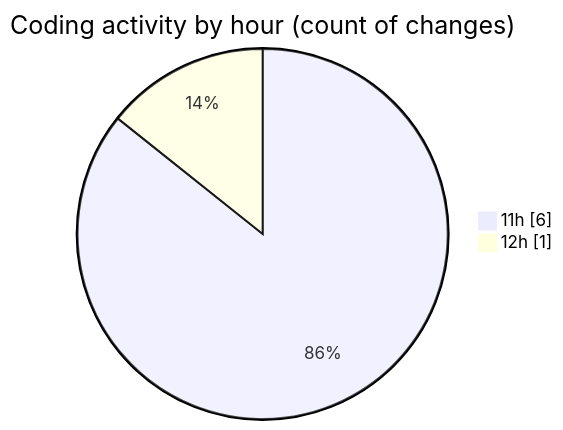
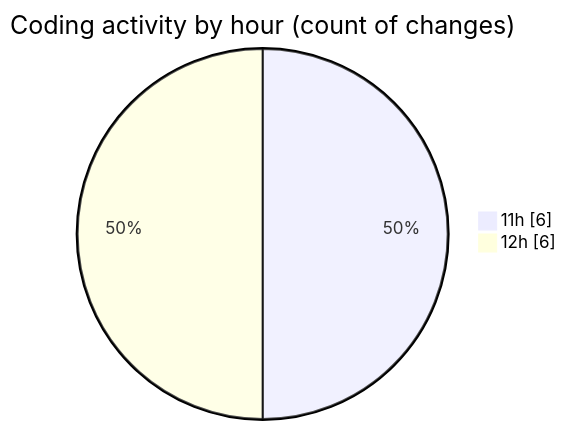
One commit to nxtqubesakshisongat/code-tracking changed the second of 2 diagrams in 2025-11-30/nxtqube_webapp/README.md. Above: the diagram before and after it, drawn with Mermaid. The commit also changed other lines of this file and 1 other file, not shown here.

````diff
--- a/2025-11-30/nxtqube_webapp/README.md
+++ b/2025-11-30/nxtqube_webapp/README.md
@@ -28,6 +29,6 @@
 ```mermaid
 pie showData
 title Coding activity by hour (count of changes)
 "11h" : 6
-"12h" : 1
+"12h" : 6
 ```
````
